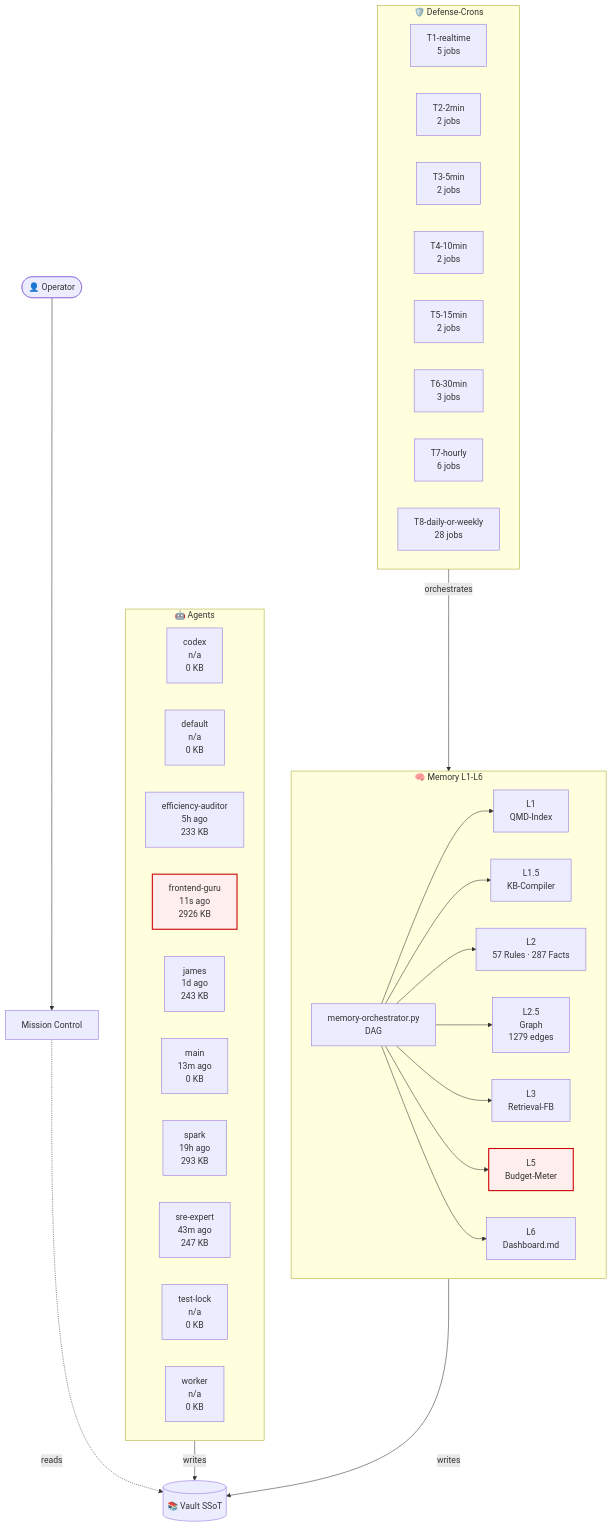
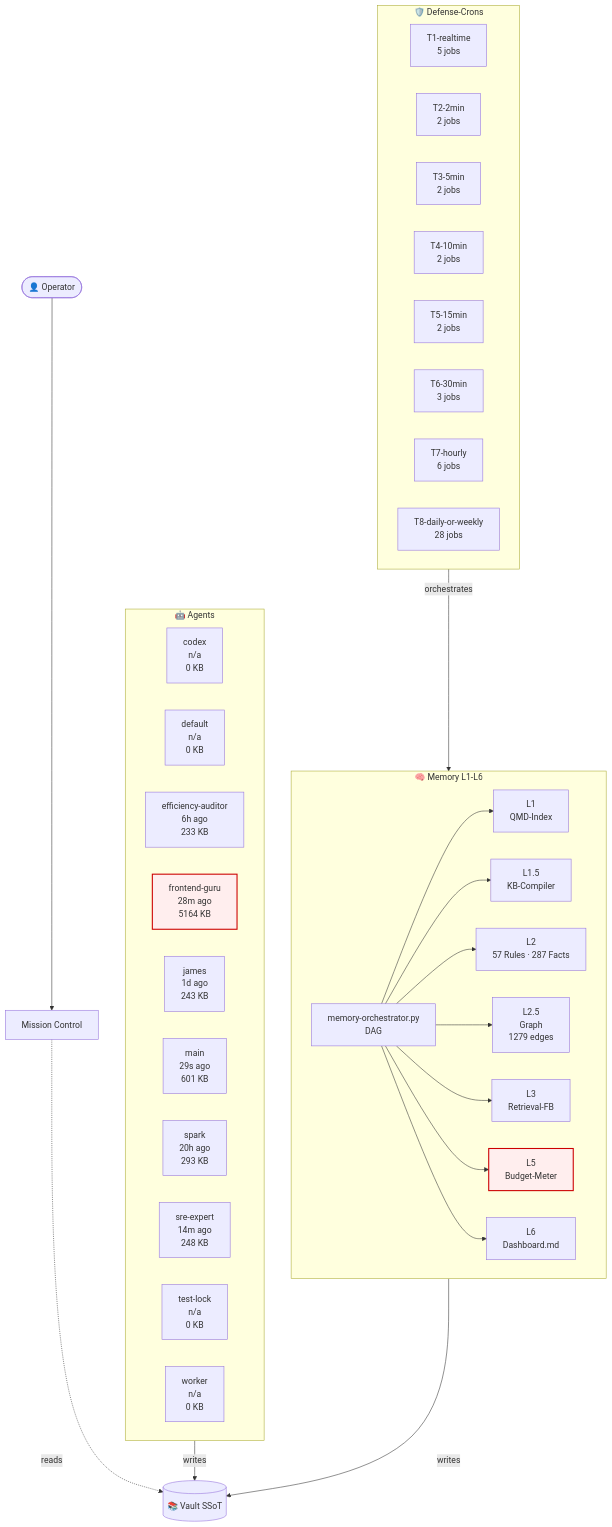
Before and after one commit to lenardhuebner88-rgb/openclaw-memory: the diagram in 03-Agents/architecture-live.md, drawn with Mermaid. The commit also changed other lines of this file and 5 other files, not shown here.

````diff
--- a/03-Agents/architecture-live.md
+++ b/03-Agents/architecture-live.md
@@ -18,53 +18,53 @@
 ```mermaid
 flowchart TB
     classDef critical fill:#fee,stroke:#c00,stroke-width:2px;
     subgraph AGT["🤖 Agents"]
         agent_codex["codex<br/>n/a<br/>0 KB"]
         agent_default["default<br/>n/a<br/>0 KB"]
-        agent_efficiency_auditor["efficiency-auditor<br/>5h ago<br/>233 KB"]
-        agent_frontend_guru["frontend-guru<br/>11s ago<br/>2926 KB"]
+        agent_efficiency_auditor["efficiency-auditor<br/>6h ago<br/>233 KB"]
+        agent_frontend_guru["frontend-guru<br/>28m ago<br/>5164 KB"]
         agent_james["james<br/>1d ago<br/>243 KB"]
-        agent_main["main<br/>13m ago<br/>0 KB"]
-        agent_spark["spark<br/>19h ago<br/>293 KB"]
-        agent_sre_expert["sre-expert<br/>43m ago<br/>247 KB"]
+        agent_main["main<br/>29s ago<br/>601 KB"]
+        agent_spark["spark<br/>20h ago<br/>293 KB"]
+        agent_sre_expert["sre-expert<br/>14m ago<br/>248 KB"]
         agent_test_lock["test-lock<br/>n/a<br/>0 KB"]
         agent_worker["worker<br/>n/a<br/>0 KB"]
     end
     subgraph MEM["🧠 Memory L1-L6"]
         L1["L1<br/>QMD-Index"]
         L15["L1.5<br/>KB-Compiler"]
         L2["L2<br/>57 Rules · 287 Facts"]
         L25["L2.5<br/>Graph<br/>1279 edges"]
         L3["L3<br/>Retrieval-FB"]
         L5["L5<br/>Budget-Meter"]
         L6["L6<br/>Dashboard.md"]
         ORCH["memory-orchestrator.py<br/>DAG"]
     end
     subgraph CRN["🛡️ Defense-Crons"]
         tier_T1_realtime["T1-realtime<br/>5 jobs"]
         tier_T2_2min["T2-2min<br/>2 jobs"]
         tier_T3_5min["T3-5min<br/>2 jobs"]
         tier_T4_10min["T4-10min<br/>2 jobs"]
         tier_T5_15min["T5-15min<br/>2 jobs"]
         tier_T6_30min["T6-30min<br/>3 jobs"]
         tier_T7_hourly["T7-hourly<br/>6 jobs"]
         tier_T8_daily_or_weekly["T8-daily-or-weekly<br/>28 jobs"]
     end
     VAULT[("📚 Vault SSoT")]
     OP([👤 Operator])
     MC["Mission Control"]
     OP --> MC
     MC -.reads.-> VAULT
     AGT -->|writes| VAULT
     MEM -->|writes| VAULT
     ORCH --> L1
     ORCH --> L15
     ORCH --> L2
     ORCH --> L25
     ORCH --> L3
     ORCH --> L5
     ORCH --> L6
     CRN -->|orchestrates| MEM
     class L5 critical
     class agent_frontend_guru critical
 ```
````
